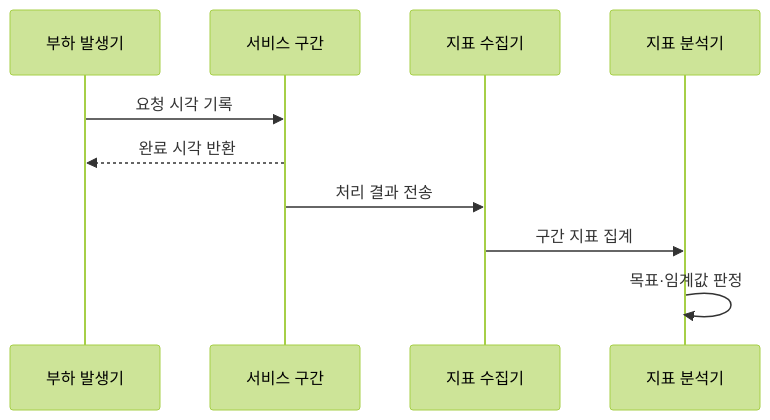
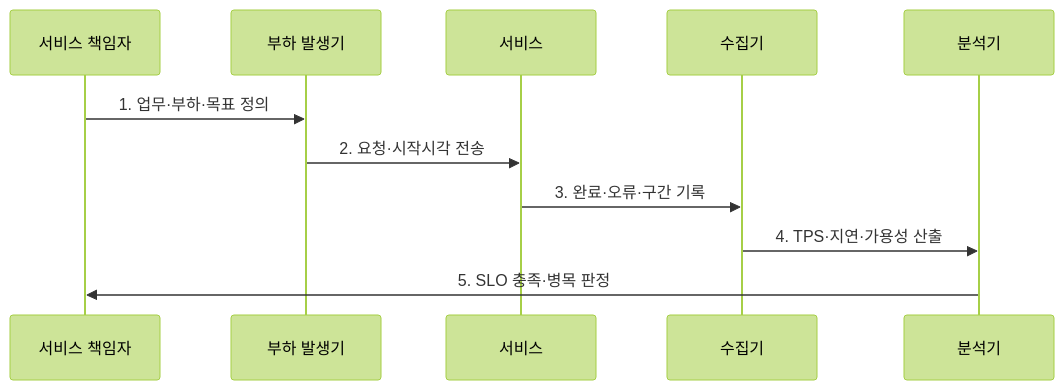
The second of 2 diagrams in src/content/docs/notes/06-evaluation/001_system_kpi_tps_response_time.md (agnusdei1207/knowledge-base), drawn with Mermaid (forest theme) before and after one commit. The commit also changed other lines of this file and 6 other files, not shown here.

````diff
--- a/src/content/docs/notes/06-evaluation/001_system_kpi_tps_response_time.md
+++ b/src/content/docs/notes/06-evaluation/001_system_kpi_tps_response_time.md
@@ -80,12 +81,13 @@
 ```mermaid
 sequenceDiagram
-    participant L as 부하 발생기
-    participant S as 서비스 구간
-    participant C as 지표 수집기
-    participant A as 지표 분석기
-    L->>S: 요청 시각 기록
-    S-->>L: 완료 시각 반환
-    S->>C: 처리 결과 전송
-    C->>A: 구간 지표 집계
-    A->>A: 목표·임계값 판정
+  participant O as 서비스 책임자
+  participant L as 부하 발생기
+  participant S as 서비스
+  participant C as 수집기
+  participant A as 분석기
+  O->>L: 1. 업무·부하·목표 정의
+  L->>S: 2. 요청·시작시각 전송
+  S->>C: 3. 완료·오류·구간 기록
+  C->>A: 4. TPS·지연·가용성 산출
+  A->>O: 5. SLO 충족·병목 판정
 ```
````
